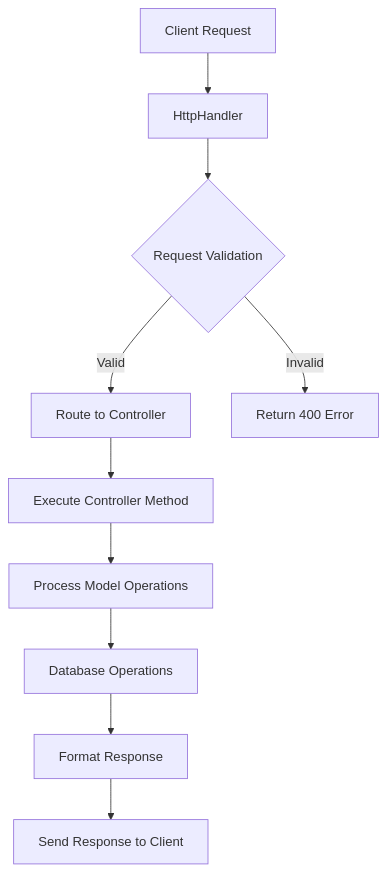
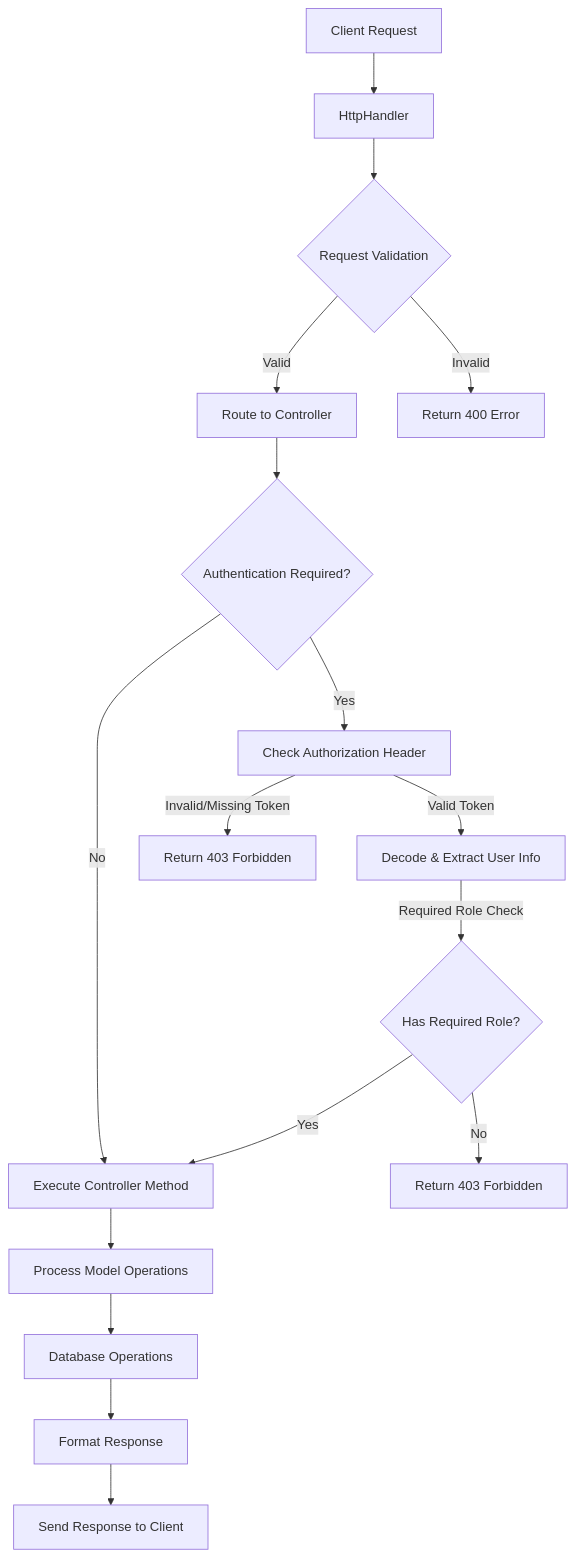
One commit to secure73/MicrosPy changed the first of 5 diagrams in DOCUMENTATION.md. Above: the diagram before and after it, drawn with Mermaid. The commit also changed other lines of this file and 8 other files, not shown here.

````diff
--- a/DOCUMENTATION.md
+++ b/DOCUMENTATION.md
@@ -508,12 +680,19 @@
 ```mermaid
 graph TD
     A[Client Request] --> B[HttpHandler]
     B --> C{Request Validation}
     C -->|Valid| D[Route to Controller]
     C -->|Invalid| E[Return 400 Error]
-    D --> F[Execute Controller Method]
+    D --> F1{Authentication Required?}
+    F1 -->|Yes| F2[Check Authorization Header]
+    F2 -->|Valid Token| F3[Decode & Extract User Info]
+    F2 -->|Invalid/Missing Token| F4[Return 403 Forbidden]
+    F3 -->|Required Role Check| F5{Has Required Role?}
+    F5 -->|Yes| F[Execute Controller Method]
+    F5 -->|No| F6[Return 403 Forbidden]
+    F1 -->|No| F[Execute Controller Method]
     F --> G[Process Model Operations]
     G --> H[Database Operations]
     H --> I[Format Response]
     I --> J[Send Response to Client]
 ```
````
